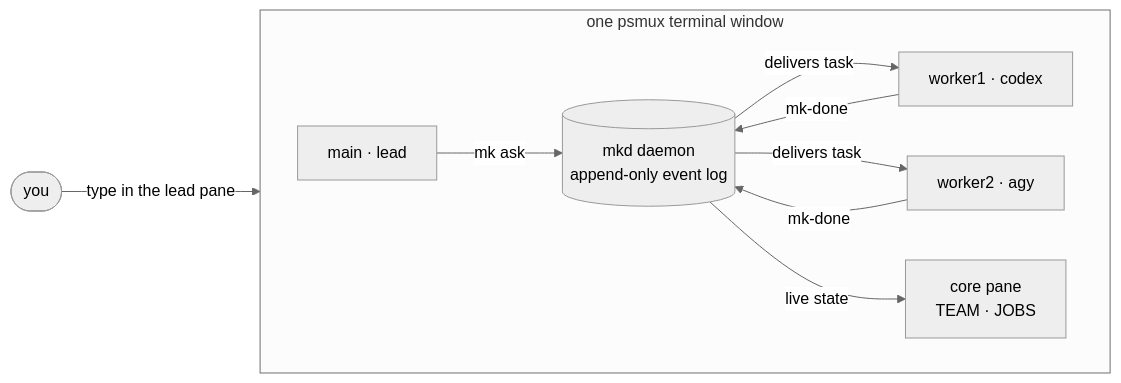
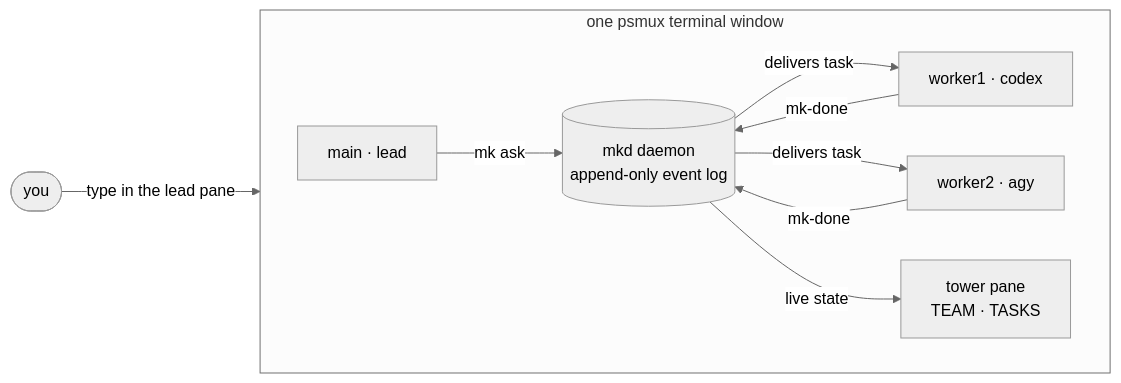
One commit to rayngnpc/mkcrew changed the diagram in README.md. Above: the diagram before and after it, drawn with Mermaid (neutral theme). The commit also changed other lines of this file and 1 other file, not shown here.

````diff
--- a/README.md
+++ b/README.md
@@ -110,13 +119,13 @@
 ```mermaid
 flowchart LR
     Y([you]) -->|type in the lead pane| L
     subgraph cockpit["one psmux terminal window"]
         direction LR
         L["main · lead"] -->|mk ask| D[("mkd daemon<br/>append-only event log")]
         D -->|delivers task| A["worker1 · codex"]
         D -->|delivers task| B["worker2 · agy"]
         A -->|mk-done| D
         B -->|mk-done| D
-        D -->|live state| C["core pane<br/>TEAM · JOBS"]
+        D -->|live state| C["tower pane<br/>TEAM · TASKS"]
     end
 ```
````
